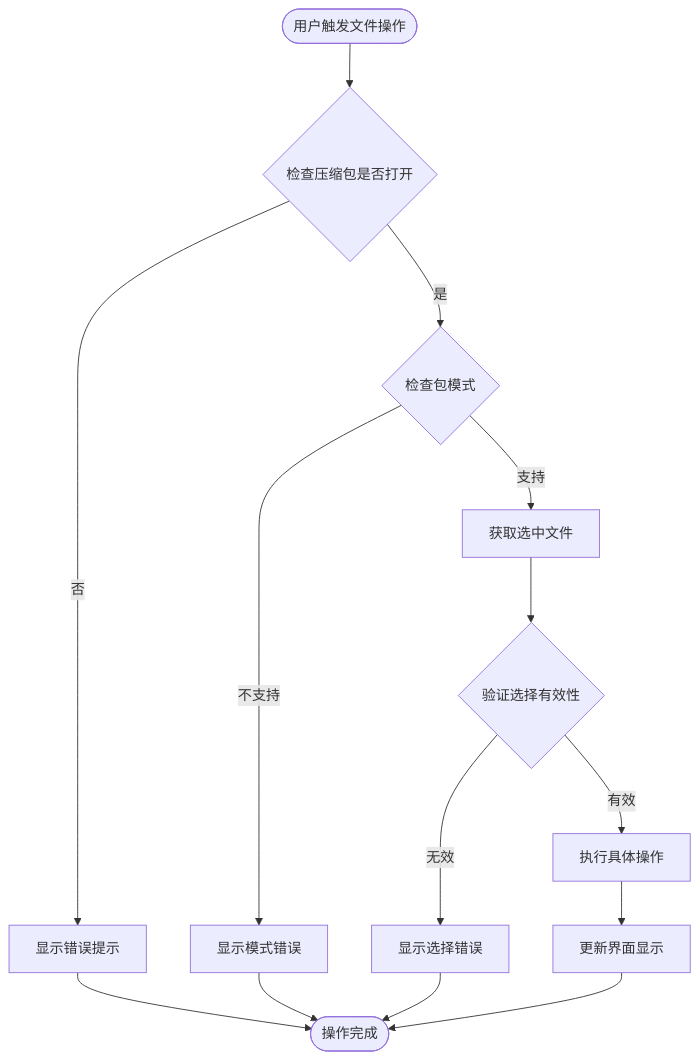
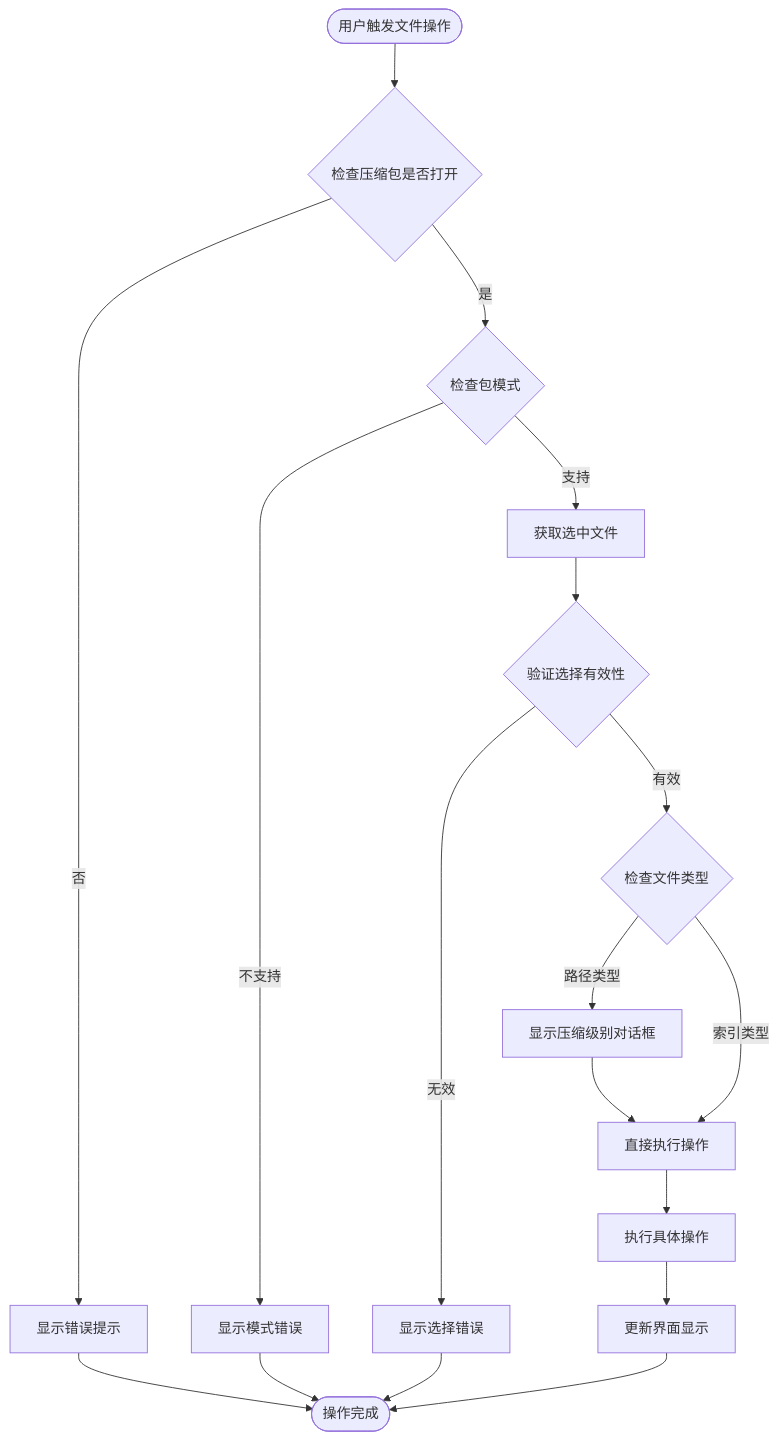
Before and after one commit to xywhsoft/xpack: the fourth of 12 diagrams in .qoder/repowiki/zh/content/开发者指南/xpkgui 图形界面工具.md, drawn with Mermaid. The commit also changed other lines of this file and 42 other files, not shown here.

````diff
--- a/.qoder/repowiki/zh/content/开发者指南/xpkgui 图形界面工具.md
+++ b/.qoder/repowiki/zh/content/开发者指南/xpkgui 图形界面工具.md
@@ -181,16 +234,20 @@
 ```mermaid
 flowchart TD
 Start([用户触发文件操作]) --> CheckOpen{检查压缩包是否打开}
 CheckOpen --> |否| ShowError1[显示错误提示]
 CheckOpen --> |是| CheckMode{检查包模式}
 CheckMode --> |不支持| ShowError2[显示模式错误]
 CheckMode --> |支持| GetSelection[获取选中文件]
 GetSelection --> ValidateSel{验证选择有效性}
 ValidateSel --> |无效| ShowError3[显示选择错误]
-ValidateSel --> |有效| PerformOp[执行具体操作]
+ValidateSel --> |有效| CheckType{检查文件类型}
+CheckType --> |路径类型| LevelDialog[显示压缩级别对话框]
+CheckType --> |索引类型| DirectOp[直接执行操作]
+LevelDialog --> DirectOp
+DirectOp --> PerformOp[执行具体操作]
 PerformOp --> UpdateUI[更新界面显示]
 UpdateUI --> End([操作完成])
 ShowError1 --> End
 ShowError2 --> End
 ShowError3 --> End
 ```
````
